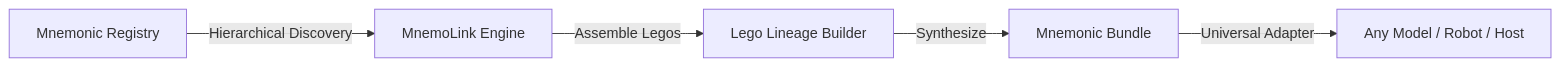
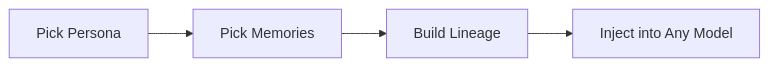
Before and after one commit to ARPAHLS/mnemolink: the diagram in README.md, drawn with Mermaid. The commit also changed 1 other file, not shown here.

Commit message:
docs: simplify README flowchart and dynamically load litellm in runner

````diff
--- a/README.md
+++ b/README.md
@@ -68,7 +68,4 @@
 ```mermaid
 flowchart LR
-    Catalog[Mnemonic Registry] -->|Hierarchical Discovery| Engine[MnemoLink Engine]
-    Engine -->|Assemble Legos| Lineage[Lego Lineage Builder]
-    Lineage -->|Synthesize| Bundle[Mnemonic Bundle]
-    Bundle -->|Universal Adapter| Host["Any Model / Robot / Host"]
+    A[Pick Persona] --> B[Pick Memories] --> C[Build Lineage] --> D[Inject into Any Model]
 ```
````
